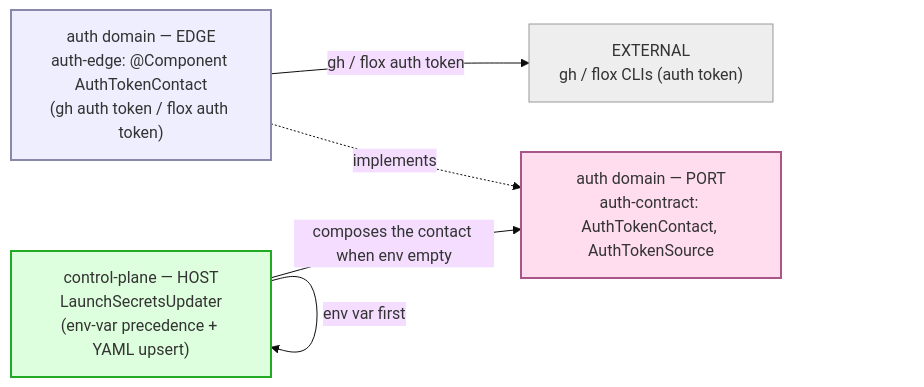
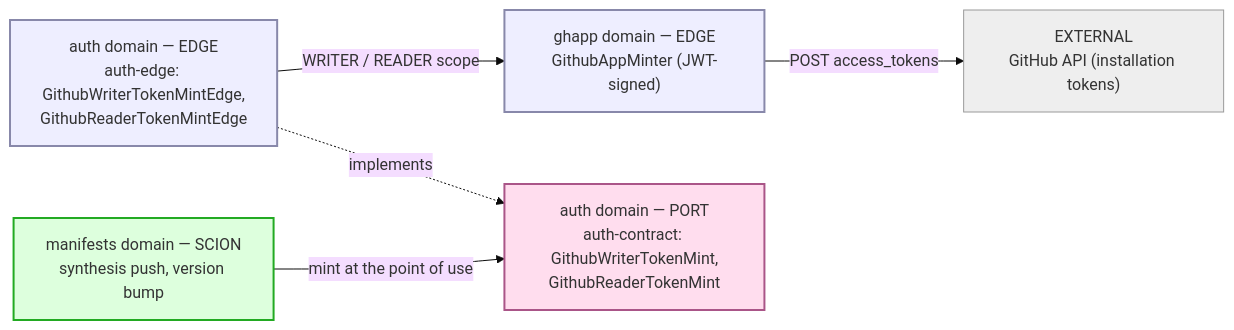
The diagram in docs/architecture/osgi/auth-edge-spec.adoc (seedmatic/rke2lab), drawn with Mermaid (base theme) before and after one commit. The commit also changed other lines of this file and 31 other files, not shown here.

```diff
--- a/docs/architecture/osgi/auth-edge-spec.adoc
+++ b/docs/architecture/osgi/auth-edge-spec.adoc
@@ -61,20 +45,21 @@
 [mermaid]
 ....
 flowchart LR
-  world["EXTERNAL<br/>gh / flox CLIs (auth token)"]
-  edge["auth domain — EDGE<br/>auth-edge: @Component AuthTokenContact<br/>(gh auth token / flox auth token)"]
-  aport["auth domain — PORT<br/>auth-contract: AuthTokenContact, AuthTokenSource"]
-  host["control-plane — HOST<br/>LaunchSecretsUpdater<br/>(env-var precedence + YAML upsert)"]
-  host -->|env var first| host
-  host -->|composes the contact when env empty| aport
+  world["EXTERNAL<br/>GitHub API (installation tokens)"]
+  ghapp["ghapp domain — EDGE<br/>GithubAppMinter (JWT-signed)"]
+  edge["auth domain — EDGE<br/>auth-edge: GithubWriterTokenMintEdge,<br/>GithubReaderTokenMintEdge"]
+  aport["auth domain — PORT<br/>auth-contract: GithubWriterTokenMint,<br/>GithubReaderTokenMint"]
+  consumer["manifests domain — SCION<br/>synthesis push, version bump"]
+  consumer -->|mint at the point of use| aport
   edge -.->|implements| aport
-  edge -->|gh / flox auth token| world
+  edge -->|WRITER / READER scope| ghapp
+  ghapp -->|POST access_tokens| world
   classDef e fill:#eef,stroke:#88a,stroke-width:2px;
   classDef p fill:#fde,stroke:#a58,stroke-width:2px;
   classDef h fill:#dfd,stroke:#2a2,stroke-width:2px;
   classDef w fill:#eee,stroke:#999,stroke-width:1px;
-  class edge e;
+  class edge,ghapp e;
   class aport p;
-  class host h;
+  class consumer h;
   class world w;
 ....
```
